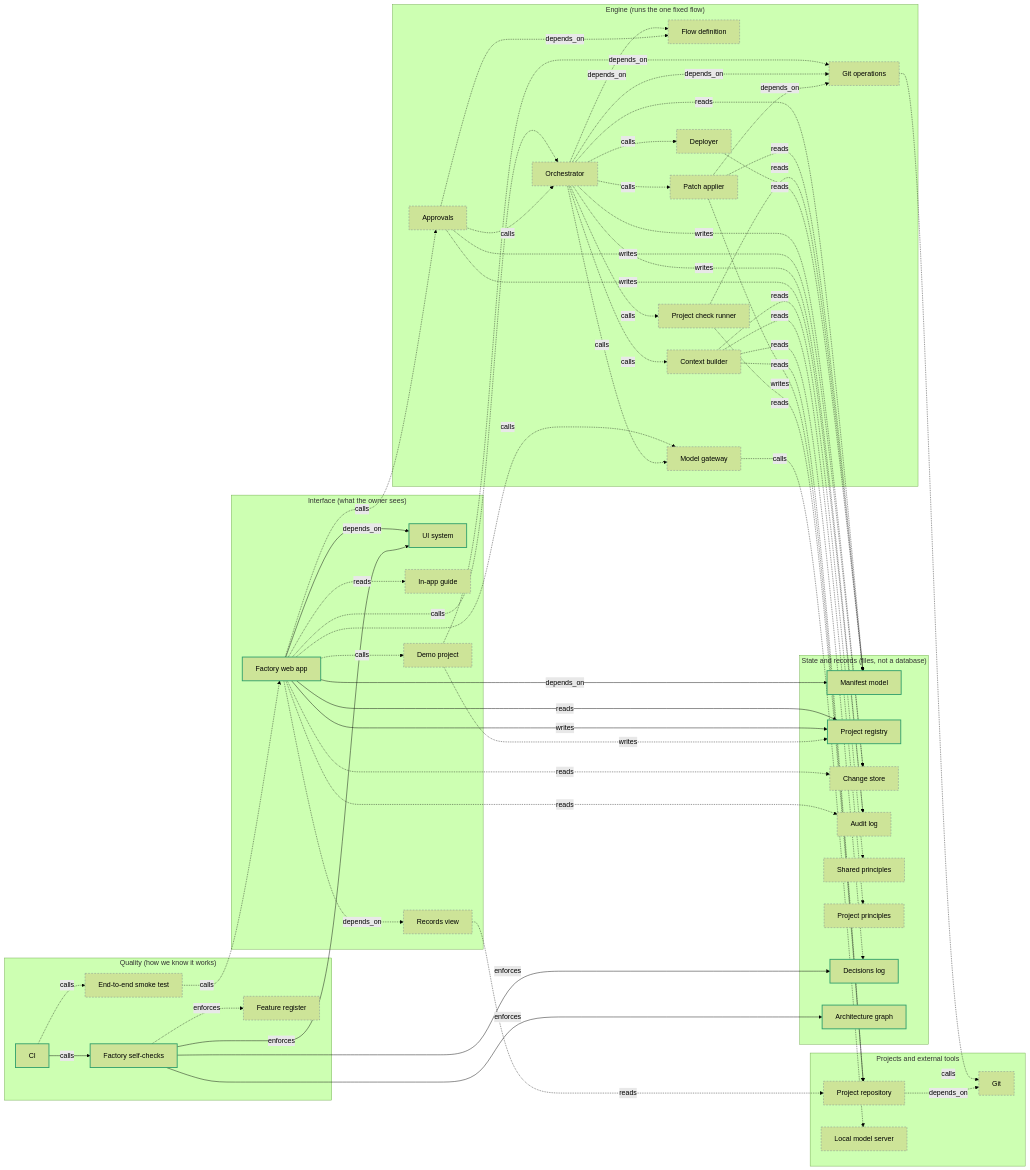
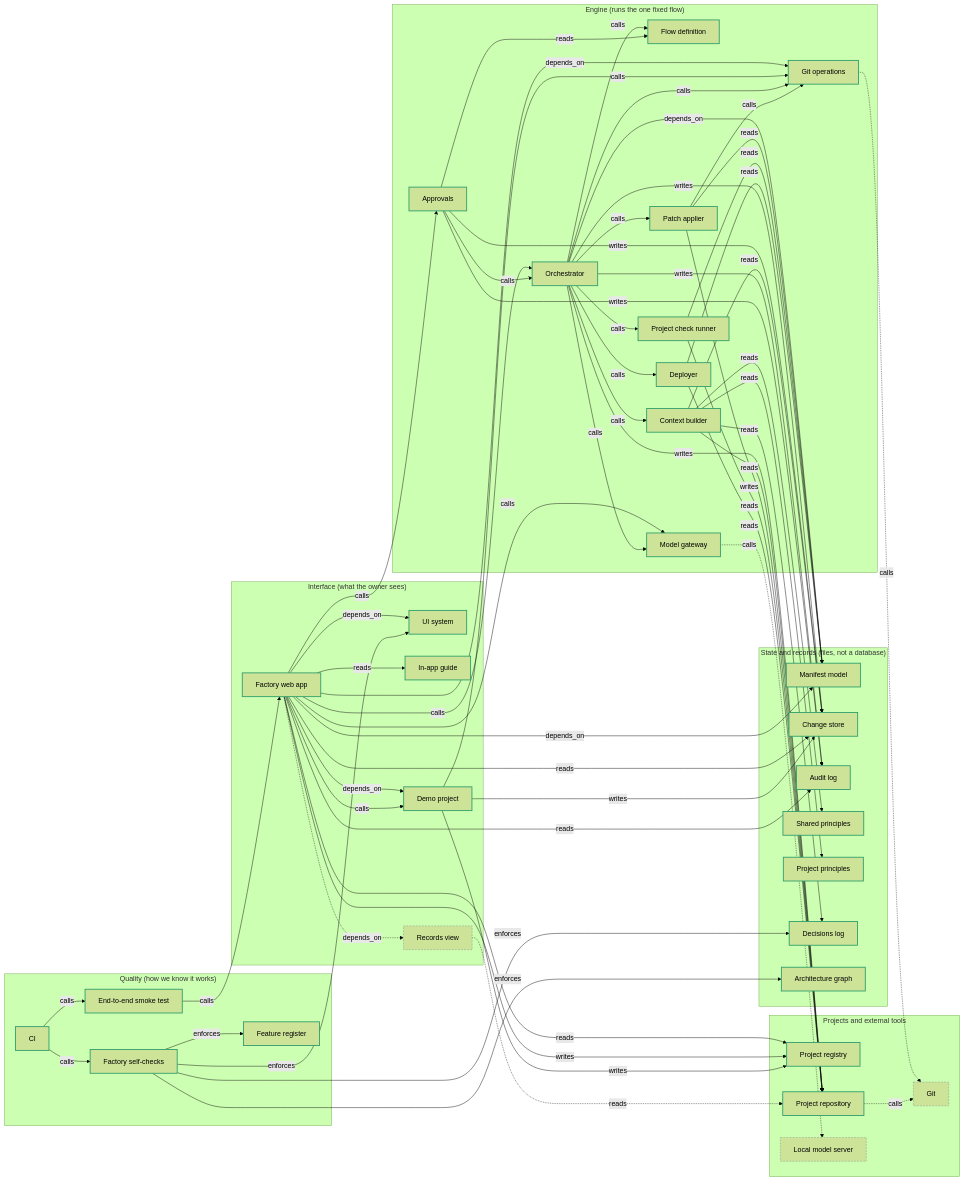
Before and after one commit to HiraTechLabs/private-software-factory: the diagram in docs/architecture/graph.md, drawn with Mermaid (forest theme). The commit also changed 71 other files, not shown here.

````diff
--- a/docs/architecture/graph.md
+++ b/docs/architecture/graph.md
@@ -9,92 +9,98 @@
   subgraph g_interface["Interface (what the owner sees)"]
     n_web_app["Factory web app"]:::implemented
     n_ui_system["UI system"]:::implemented
-    n_guide["In-app guide"]:::planned
+    n_guide["In-app guide"]:::implemented
     n_records_view["Records view"]:::planned
-    n_demo_project["Demo project"]:::planned
+    n_demo_project["Demo project"]:::implemented
   end
   subgraph g_engine["Engine (runs the one fixed flow)"]
-    n_orchestrator["Orchestrator"]:::planned
-    n_flow["Flow definition"]:::planned
-    n_context_builder["Context builder"]:::planned
-    n_model_gateway["Model gateway"]:::planned
-    n_patch_applier["Patch applier"]:::planned
-    n_check_runner["Project check runner"]:::planned
-    n_approvals["Approvals"]:::planned
-    n_deployer["Deployer"]:::planned
-    n_git_ops["Git operations"]:::planned
+    n_orchestrator["Orchestrator"]:::implemented
+    n_flow["Flow definition"]:::implemented
+    n_context_builder["Context builder"]:::implemented
+    n_model_gateway["Model gateway"]:::implemented
+    n_patch_applier["Patch applier"]:::implemented
+    n_check_runner["Project check runner"]:::implemented
+    n_approvals["Approvals"]:::implemented
+    n_deployer["Deployer"]:::implemented
+    n_git_ops["Git operations"]:::implemented
   end
   subgraph g_state["State and records (files, not a database)"]
     n_manifest["Manifest model"]:::implemented
-    n_registry["Project registry"]:::implemented
-    n_change_store["Change store"]:::planned
-    n_audit_log["Audit log"]:::planned
-    n_shared_principles["Shared principles"]:::planned
-    n_project_principles["Project principles"]:::planned
+    n_change_store["Change store"]:::implemented
+    n_audit_log["Audit log"]:::implemented
+    n_shared_principles["Shared principles"]:::implemented
+    n_project_principles["Project principles"]:::implemented
     n_decisions_log["Decisions log"]:::implemented
     n_graph["Architecture graph"]:::implemented
   end
   subgraph g_projects["Projects and external tools"]
-    n_project_repo["Project repository"]:::planned
+    n_registry["Project registry"]:::implemented
+    n_project_repo["Project repository"]:::implemented
     n_git_server["Git"]:::planned
     n_local_model_server["Local model server"]:::planned
   end
   subgraph g_quality["Quality (how we know it works)"]
     n_checks["Factory self-checks"]:::implemented
     n_ci["CI"]:::implemented
-    n_feature_register["Feature register"]:::planned
-    n_e2e_smoke["End-to-end smoke test"]:::planned
+    n_feature_register["Feature register"]:::implemented
+    n_e2e_smoke["End-to-end smoke test"]:::implemented
   end
   classDef implemented stroke:#2E9E6B,stroke-width:2px;
   classDef planned stroke:#7B858E,stroke-dasharray:4 3;
 
   n_web_app -->|depends_on| n_manifest
+  n_web_app -->|depends_on| n_demo_project
+  n_web_app -->|depends_on| n_git_ops
+  n_web_app -->|calls| n_model_gateway
+  n_orchestrator -->|depends_on| n_manifest
+  n_orchestrator -->|calls| n_model_gateway
+  n_web_app -->|depends_on| n_ui_system
+  n_web_app -->|calls| n_orchestrator
+  n_web_app -->|calls| n_approvals
+  n_web_app -->|reads| n_change_store
+  n_web_app -->|reads| n_audit_log
   n_web_app -->|reads| n_registry
   n_web_app -->|writes| n_registry
-  n_web_app -->|depends_on| n_ui_system
+  n_web_app -->|reads| n_guide
+  n_web_app -->|calls| n_demo_project
+  n_web_app -.->|depends_on| n_records_view
+  n_records_view -.->|reads| n_project_repo
+  n_demo_project -->|writes| n_registry
+  n_demo_project -->|calls| n_git_ops
+  n_demo_project -->|writes| n_change_store
+  n_orchestrator -->|calls| n_flow
+  n_orchestrator -->|writes| n_change_store
+  n_orchestrator -->|writes| n_audit_log
+  n_orchestrator -->|calls| n_context_builder
+  n_orchestrator -->|calls| n_patch_applier
+  n_orchestrator -->|calls| n_check_runner
+  n_orchestrator -->|calls| n_deployer
+  n_orchestrator -->|calls| n_git_ops
+  n_orchestrator -->|writes| n_project_repo
+  n_approvals -->|reads| n_flow
+  n_approvals -->|writes| n_change_store
+  n_approvals -->|writes| n_audit_log
+  n_approvals -->|calls| n_orchestrator
+  n_context_builder -->|reads| n_shared_principles
+  n_context_builder -->|reads| n_project_principles
+  n_context_builder -->|reads| n_decisions_log
+  n_context_builder -->|reads| n_project_repo
+  n_context_builder -->|reads| n_change_store
+  n_model_gateway -.->|calls| n_local_model_server
+  n_patch_applier -->|reads| n_manifest
+  n_patch_applier -->|calls| n_git_ops
+  n_patch_applier -->|writes| n_project_repo
+  n_check_runner -->|reads| n_manifest
+  n_check_runner -->|reads| n_project_repo
+  n_deployer -->|reads| n_manifest
+  n_deployer -->|reads| n_project_repo
+  n_git_ops -.->|calls| n_git_server
+  n_project_repo -.->|calls| n_git_server
   n_checks -->|enforces| n_graph
   n_checks -->|enforces| n_ui_system
   n_checks -->|enforces| n_decisions_log
+  n_checks -->|enforces| n_feature_register
   n_ci -->|calls| n_checks
-  n_checks -.->|enforces| n_feature_register
-  n_ci -.->|calls| n_e2e_smoke
-  n_e2e_smoke -.->|calls| n_web_app
-  n_web_app -.->|calls| n_orchestrator
-  n_web_app -.->|calls| n_approvals
-  n_web_app -.->|reads| n_change_store
-  n_web_app -.->|reads| n_audit_log
-  n_web_app -.->|calls| n_model_gateway
-  n_web_app -.->|depends_on| n_records_view
-  n_web_app -.->|reads| n_guide
-  n_web_app -.->|calls| n_demo_project
-  n_demo_project -.->|writes| n_registry
-  n_demo_project -.->|depends_on| n_git_ops
-  n_records_view -.->|reads| n_project_repo
-  n_orchestrator -.->|depends_on| n_flow
-  n_orchestrator -.->|reads| n_manifest
-  n_orchestrator -.->|writes| n_change_store
-  n_orchestrator -.->|writes| n_audit_log
-  n_orchestrator -.->|calls| n_context_builder
-  n_orchestrator -.->|calls| n_model_gateway
-  n_orchestrator -.->|calls| n_patch_applier
-  n_orchestrator -.->|calls| n_check_runner
-  n_orchestrator -.->|calls| n_deployer
-  n_orchestrator -.->|depends_on| n_git_ops
-  n_approvals -.->|depends_on| n_flow
-  n_approvals -.->|writes| n_change_store
-  n_approvals -.->|writes| n_audit_log
-  n_approvals -.->|calls| n_orchestrator
-  n_context_builder -.->|reads| n_shared_principles
-  n_context_builder -.->|reads| n_project_principles
-  n_context_builder -.->|reads| n_decisions_log
-  n_context_builder -.->|reads| n_project_repo
-  n_model_gateway -.->|calls| n_local_model_server
-  n_patch_applier -.->|reads| n_manifest
-  n_patch_applier -.->|depends_on| n_git_ops
-  n_patch_applier -.->|writes| n_project_repo
-  n_check_runner -.->|reads| n_manifest
-  n_check_runner -.->|reads| n_project_repo
-  n_deployer -.->|reads| n_manifest
-  n_git_ops -.->|calls| n_git_server
-  n_project_repo -.->|depends_on| n_git_server
+  n_ci -->|calls| n_e2e_smoke
+  n_e2e_smoke -->|calls| n_web_app
 ```
````
